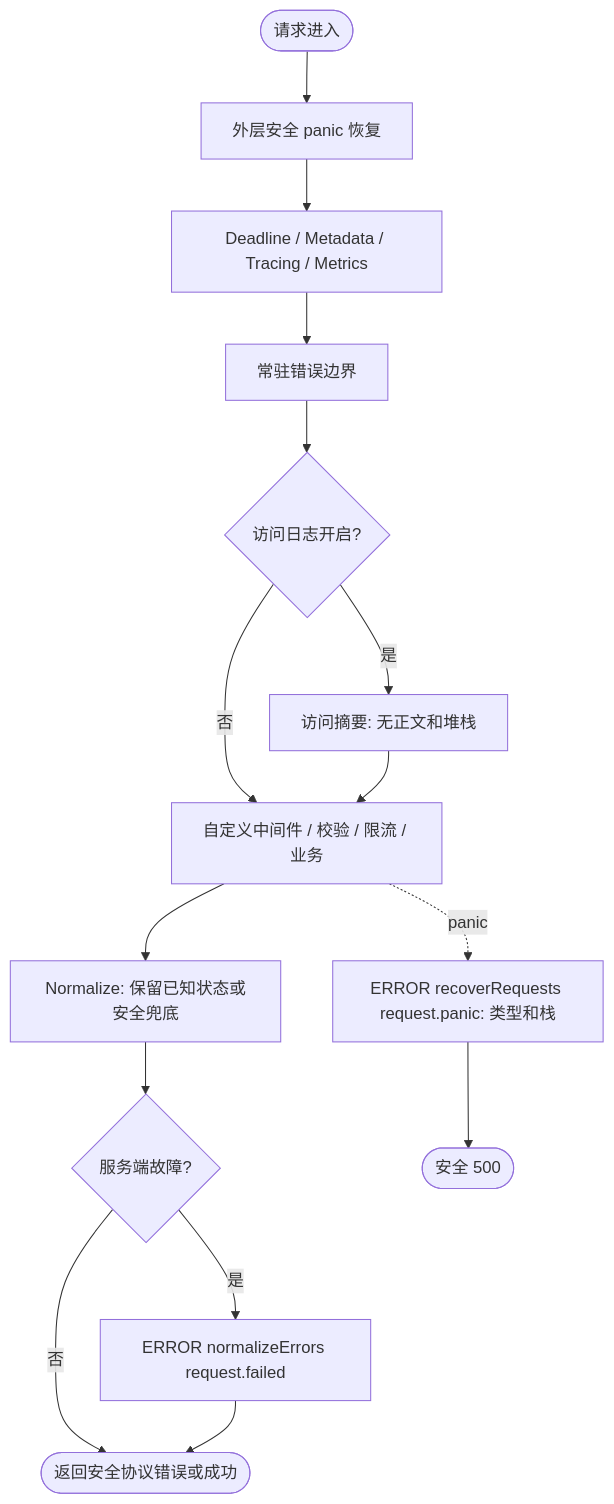
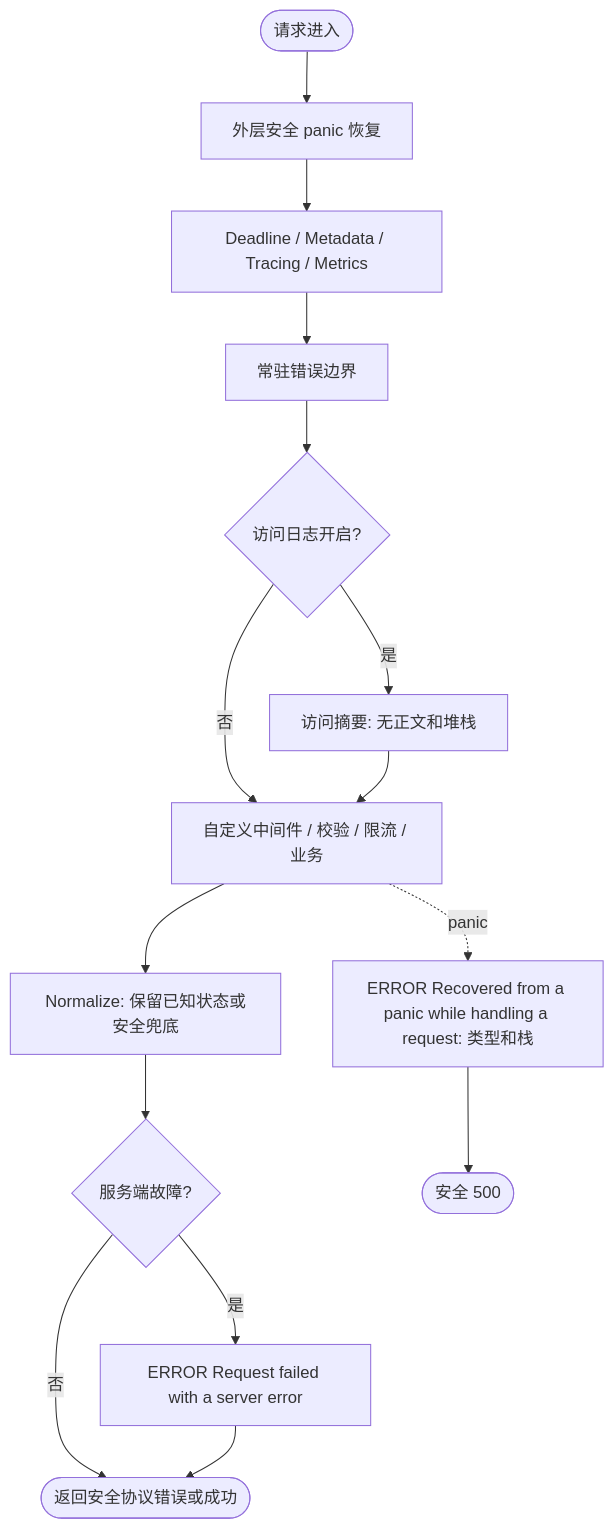
One commit to jaggerzhuang1994/kratos-foundation changed the seventh of 7 diagrams in pkg/server/README.md. Above: the diagram before and after it, drawn with Mermaid. The commit also changed other lines of this file and 96 other files, not shown here.

````diff
--- a/pkg/server/README.md
+++ b/pkg/server/README.md
@@ -316,17 +318,17 @@
 ```mermaid
 flowchart TD
     A([请求进入]) --> B[外层安全 panic 恢复]
     B --> C[Deadline / Metadata / Tracing / Metrics]
     C --> D[常驻错误边界]
     D --> E{访问日志开启?}
     E -- 是 --> F[访问摘要: 无正文和堆栈]
     E -- 否 --> G[自定义中间件 / 校验 / 限流 / 业务]
     F --> G
     G --> H[Normalize: 保留已知状态或安全兜底]
     H --> I{服务端故障?}
-    I -- 是 --> J[ERROR normalizeErrors request.failed]
+    I -- 是 --> J[ERROR Request failed with a server error]
     I -- 否 --> K([返回安全协议错误或成功])
     J --> K
-    G -. panic .-> L[ERROR recoverRequests request.panic: 类型和栈]
+    G -. panic .-> L[ERROR Recovered from a panic while handling a request: 类型和栈]
     L --> M([安全 500])
 ```
````
